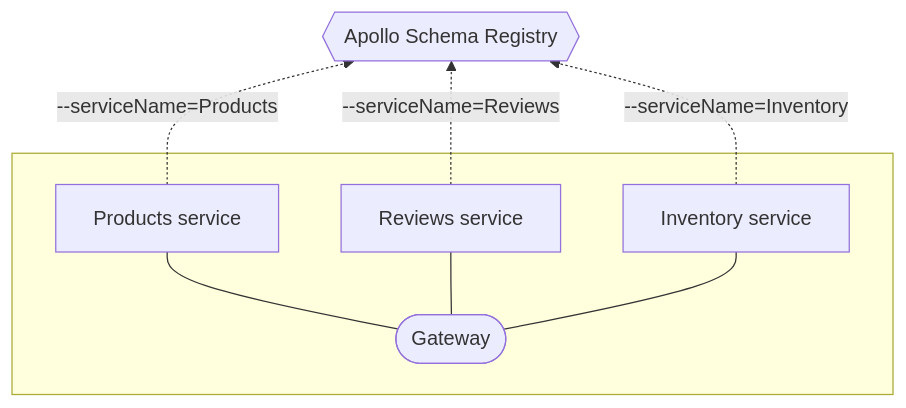
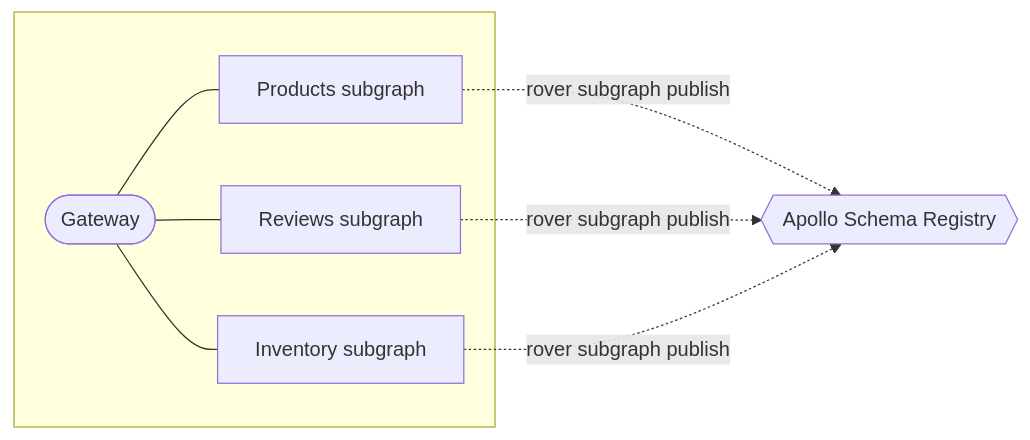
One commit to apollographql/apollo changed the diagram in studio-docs/shared/register-federated-cli.mdx. Above: the diagram before and after it, drawn with Mermaid. The commit also changed other lines of this file and 6 other files, not shown here.

````diff
--- a/studio-docs/shared/register-federated-cli.mdx
+++ b/studio-docs/shared/register-federated-cli.mdx
@@ -3,15 +3,13 @@
 ```mermaid
-graph BT;
+graph LR;
   subgraph " "
   gateway([Gateway]);
-  serviceA[Products service];
-  serviceB[Reviews service];
-  serviceC[Inventory service];
+  serviceA[Products subgraph];
+  serviceB[Reviews subgraph];
+  serviceC[Inventory subgraph];
   end
   registry{{Apollo Schema Registry}};
   gateway --- serviceA & serviceB & serviceC;
-  serviceA -. --serviceName=Products  .-> registry;
-  serviceB -. --serviceName=Reviews  .-> registry;
-  serviceC -. --serviceName=Inventory  .-> registry;
+  serviceA & serviceB & serviceC -. rover subgraph publish  .-> registry;
   class registry secondary;
 ```
````
